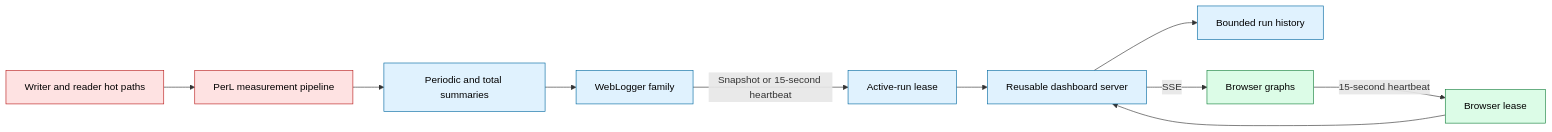
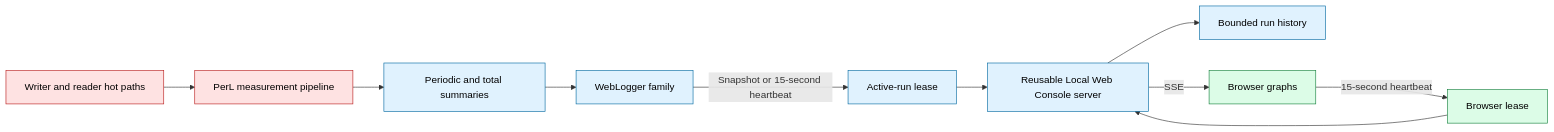
Before and after one commit to kmgowda/SBK: diagram 34 of 43 in docs/sbk-internals.md, drawn with Mermaid. The commit also changed other lines of this file and 27 other files, not shown here.

Commit message:
Rename embedded dashboard to Local Web Console

````diff
--- a/docs/sbk-internals.md
+++ b/docs/sbk-internals.md
@@ -2501,19 +2503,19 @@
 ```mermaid
 flowchart LR
     HOT["Writer and reader hot paths"] --> PERL["PerL measurement pipeline"]
     PERL --> SUMMARY["Periodic and total summaries"]
     SUMMARY --> LOGGER["WebLogger family"]
     LOGGER -->|Snapshot or 15-second heartbeat| LEASE["Active-run lease"]
-    LEASE --> SERVER["Reusable dashboard server"]
+    LEASE --> SERVER["Reusable Local Web Console server"]
     SERVER --> HISTORY["Bounded run history"]
     SERVER -->|SSE| BROWSER["Browser graphs"]
     BROWSER -->|15-second heartbeat| BLEASE["Browser lease"]
     BLEASE --> SERVER
 
     classDef hot fill:#fee2e2,stroke:#b91c1c,color:#000
     classDef control fill:#e0f2fe,stroke:#0369a1,color:#000
     classDef view fill:#dcfce7,stroke:#15803d,color:#000
     class HOT,PERL hot
     class SUMMARY,LOGGER,LEASE,SERVER,HISTORY control
     class BROWSER,BLEASE view
 ```
````
